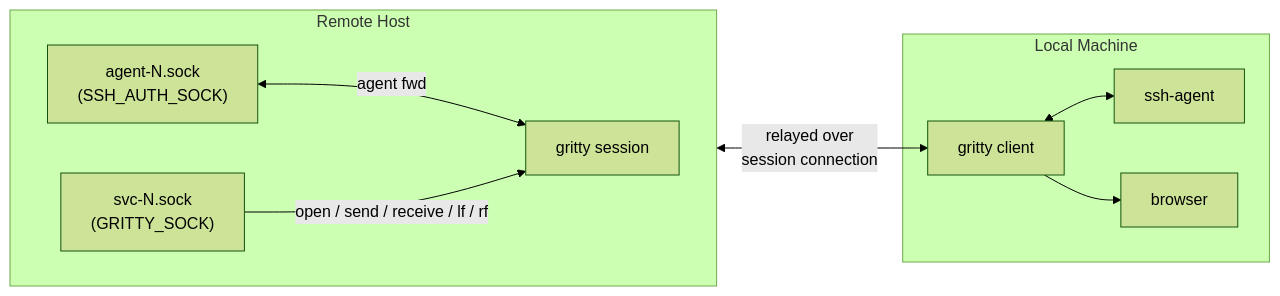
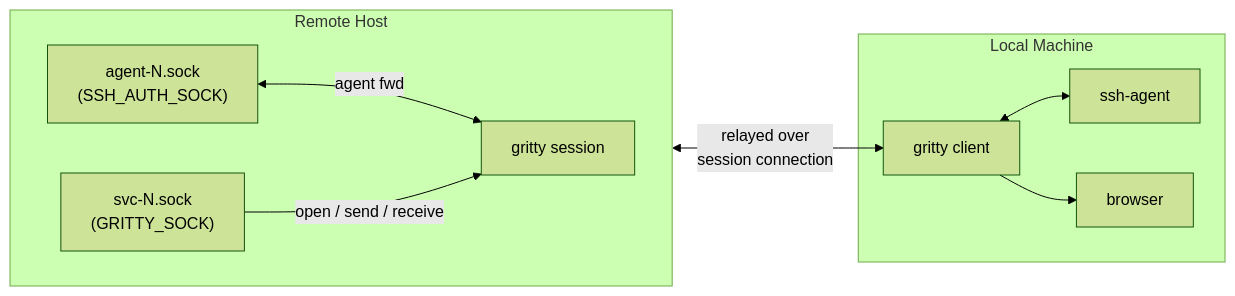
One commit to chipturner/gritty changed the third of 3 diagrams in ARCHITECTURE.md. Above: the diagram before and after it, drawn with Mermaid (forest theme). The commit also changed other lines of this file and 11 other files, not shown here.

````diff
--- a/ARCHITECTURE.md
+++ b/ARCHITECTURE.md
@@ -70,21 +70,21 @@
 ```mermaid
 flowchart LR
     subgraph remote["Remote Host"]
         direction LR
         agent_sock["agent-N.sock<br/>(SSH_AUTH_SOCK)"]
         svc_sock["svc-N.sock<br/>(GRITTY_SOCK)"]
         S["gritty session"]
         agent_sock <-->|"agent fwd"| S
-        svc_sock -->|"open / send / receive / lf / rf"| S
+        svc_sock -->|"open / send / receive"| S
     end
 
     S <-->|"relayed over<br/>session connection"| C
 
     subgraph local["Local Machine"]
         C["gritty client"]
         ssh_agent["ssh-agent"]
         browser["browser"]
         C <--> ssh_agent
         C --> browser
     end
 ```
````
